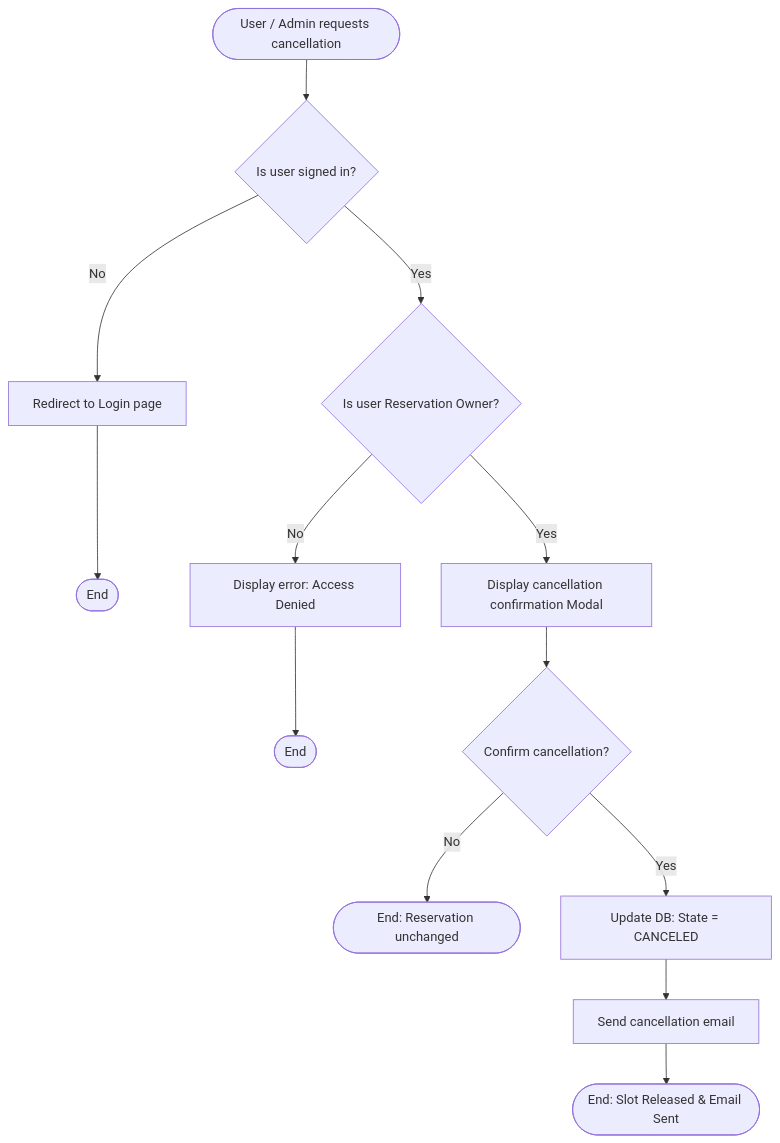
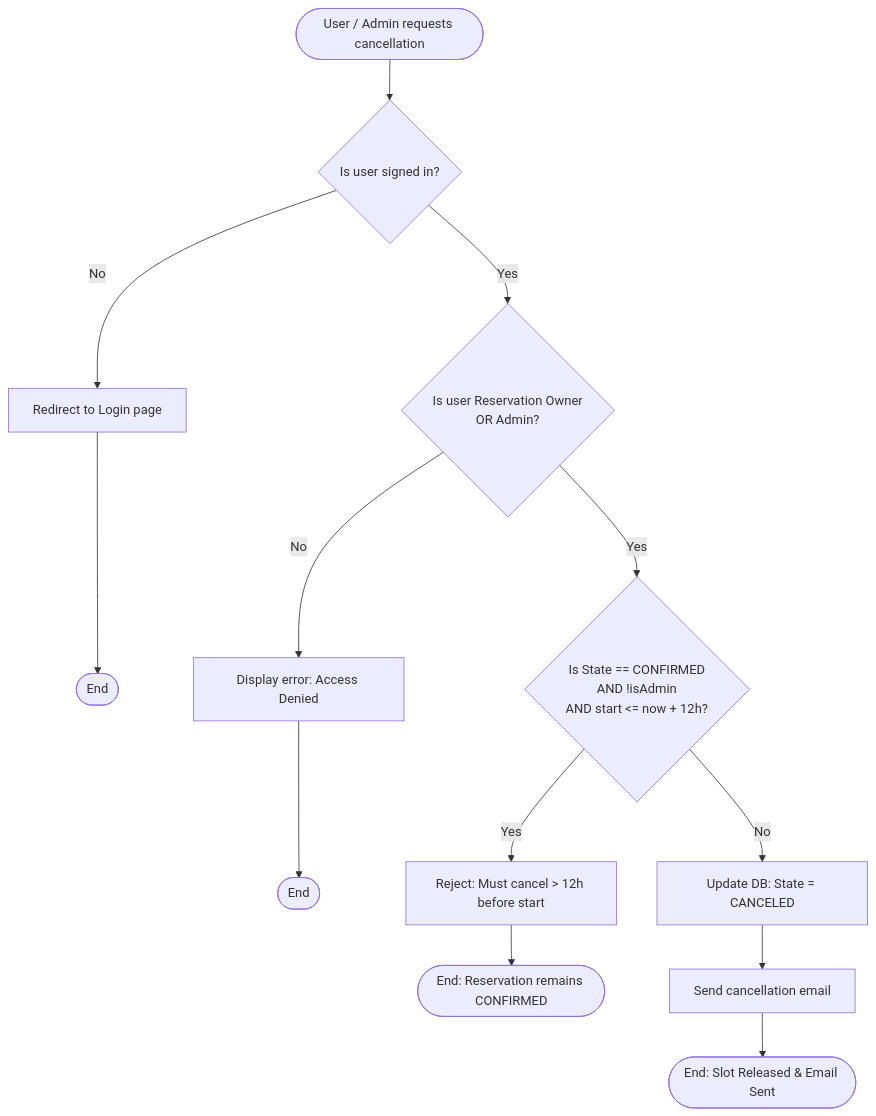
The fourth of 4 diagrams in docs/c02-diagrams.md (bad-account/reservation_system), drawn with Mermaid before and after one commit.

Commit message:
Update cancellation flow diagram with permission checks

````diff
--- a/docs/c02-diagrams.md
+++ b/docs/c02-diagrams.md
@@ -91,20 +91,18 @@
 ```mermaid
 flowchart TD
     Start([User / Admin requests cancellation]) --> AuthCheck{Is user signed in?}
     
     AuthCheck -- No --> LoginRedirect[Redirect to Login page] --> EndLogin([End])
     
-    AuthCheck -- Yes --> PermCheck{Is user Reservation Owner?}
+    AuthCheck -- Yes --> PermCheck{Is user Reservation Owner<br/>OR Admin?}
     
     PermCheck -- No --> ErrPerm[Display error: Access Denied] --> EndPerm([End])
     
-    PermCheck -- Yes --> ConfirmModal[Display cancellation confirmation Modal]
+    PermCheck -- Yes --> CutoffCheck{Is State == CONFIRMED<br/>AND !isAdmin<br/>AND start <= now + 12h?}
     
-    ConfirmModal --> Choice{Confirm cancellation?}
+    CutoffCheck -- Yes --> ErrCutoff[Reject: Must cancel > 12h before start] --> KeepRes([End: Reservation remains CONFIRMED])
     
-    Choice -- No --> KeepRes([End: Reservation unchanged])
-    
-    Choice -- Yes --> UpdateDB[Update DB: State = CANCELED]
+    CutoffCheck -- No --> UpdateDB[Update DB: State = CANCELED]
     UpdateDB --> SendEmail[Send cancellation email]
     SendEmail --> EndSuccess([End: Slot Released & Email Sent])
 ```
````
